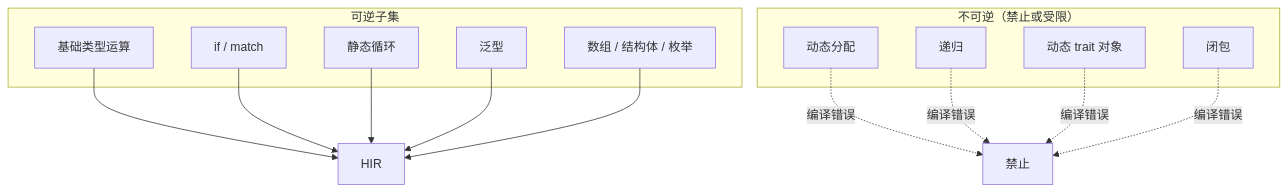
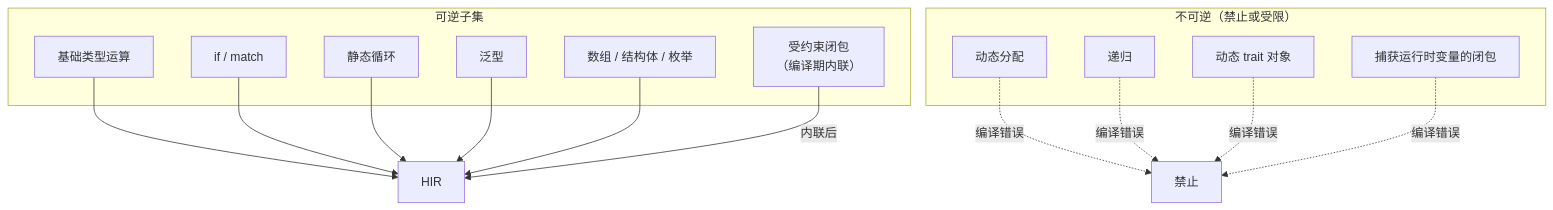
Before and after one commit to TangCan/bitloom: the seventh of 13 diagrams in docs/requirements/3. 核心设计原则.md, drawn with Mermaid. The commit also changed other lines of this file and 17 other files, not shown here.

````diff
--- a/docs/requirements/3. 核心设计原则.md
+++ b/docs/requirements/3. 核心设计原则.md
@@ -232,27 +212,28 @@
 ```mermaid
 flowchart TB
     subgraph 可逆子集
         A[基础类型运算]
         B[if / match]
         C[静态循环]
         D[泛型]
         E[数组 / 结构体 / 枚举]
+        F[受约束闭包<br>（编译期内联）]
     end
     subgraph "不可逆（禁止或受限）"
-        F[动态分配]
-        G[递归]
-        H[动态 trait 对象]
-        I[闭包]
+        G[动态分配]
+        H[递归]
+        I[动态 trait 对象]
+        J[捕获运行时变量的闭包]
     end
 
     A --> HIR
     B --> HIR
     C --> HIR
     D --> HIR
     E --> HIR
-    F -.->|编译错误| 禁止
+    F -->|内联后| HIR
     G -.->|编译错误| 禁止
     H -.->|编译错误| 禁止
     I -.->|编译错误| 禁止
-
+    J -.->|编译错误| 禁止
 ```
````
